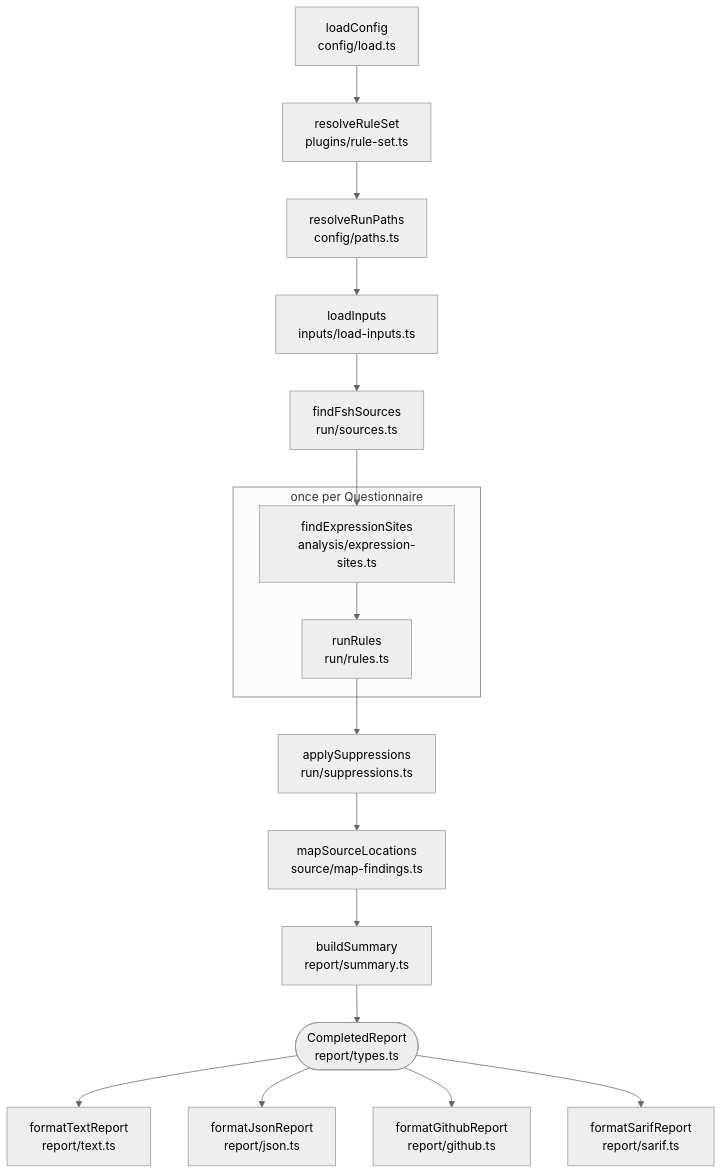
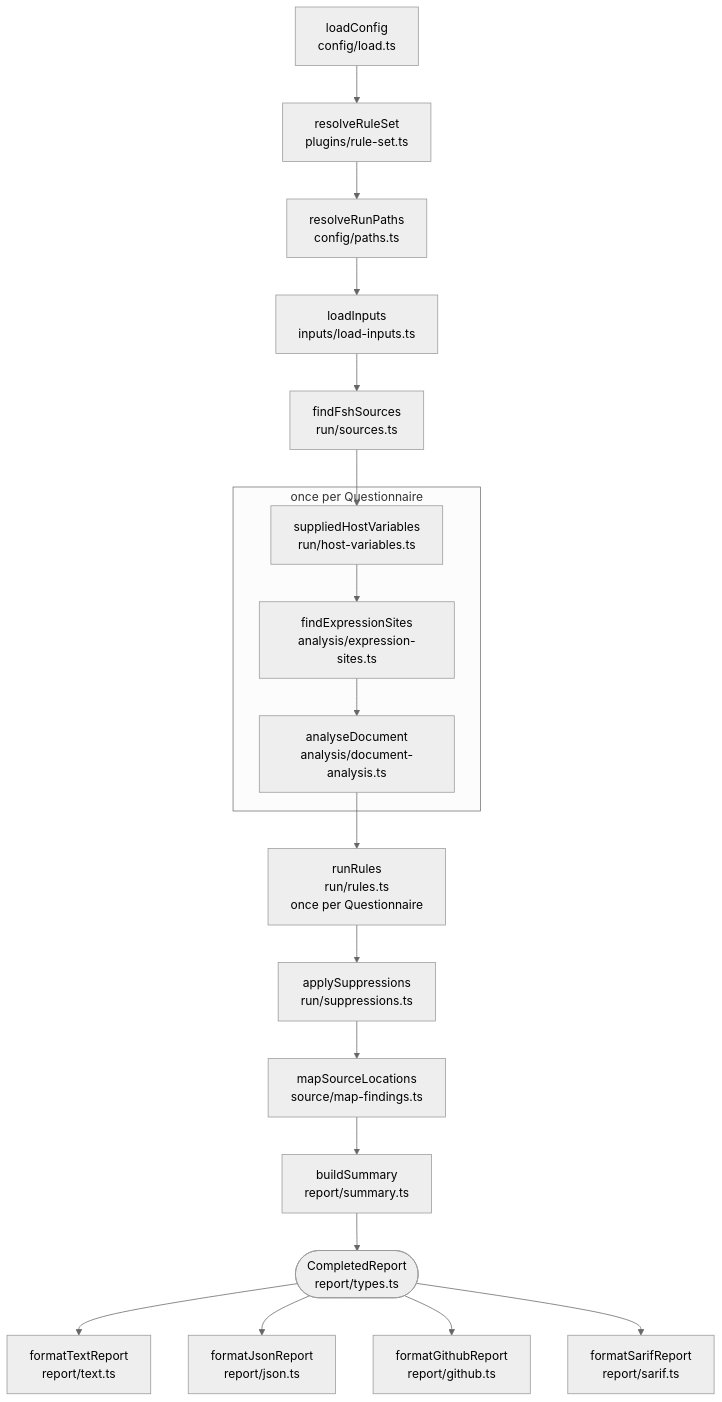
The diagram in docs/architecture.md (aehrc/sdc-questionnaire-lint), drawn with Mermaid (neutral theme) before and after one commit. The commit also changed other lines of this file and 26 other files, not shown here.

First line of the commit message:
feat(core): add the plugin hostVariables hook and PLUGIN_CRASH (Smart Forms P4)

````diff
--- a/docs/architecture.md
+++ b/docs/architecture.md
@@ -9,21 +9,24 @@
 ```mermaid
 flowchart TD
   loadConfig["loadConfig<br/>config/load.ts"] --> resolveRuleSet["resolveRuleSet<br/>plugins/rule-set.ts"]
   resolveRuleSet --> resolveRunPaths["resolveRunPaths<br/>config/paths.ts"]
   resolveRunPaths --> loadInputs["loadInputs<br/>inputs/load-inputs.ts"]
   loadInputs --> findFshSources["findFshSources<br/>run/sources.ts"]
-  findFshSources --> findExpressionSites
+  findFshSources --> suppliedHostVariables
 
   subgraph perDocument["once per Questionnaire"]
-    findExpressionSites["findExpressionSites<br/>analysis/expression-sites.ts"] --> runRules["runRules<br/>run/rules.ts"]
+    suppliedHostVariables["suppliedHostVariables<br/>run/host-variables.ts"] --> findExpressionSites["findExpressionSites<br/>analysis/expression-sites.ts"]
+    findExpressionSites --> analyseDocument["analyseDocument<br/>analysis/document-analysis.ts"]
   end
+
+  analyseDocument --> runRules["runRules<br/>run/rules.ts<br/>once per Questionnaire"]
 
   runRules --> applySuppressions["applySuppressions<br/>run/suppressions.ts"]
   applySuppressions --> mapSourceLocations["mapSourceLocations<br/>source/map-findings.ts"]
   mapSourceLocations --> buildSummary["buildSummary<br/>report/summary.ts"]
   buildSummary --> report(["CompletedReport<br/>report/types.ts"])
   report --> formatText["formatTextReport<br/>report/text.ts"]
   report --> formatJson["formatJsonReport<br/>report/json.ts"]
   report --> formatGithub["formatGithubReport<br/>report/github.ts"]
   report --> formatSarif["formatSarifReport<br/>report/sarif.ts"]
 ```
````
